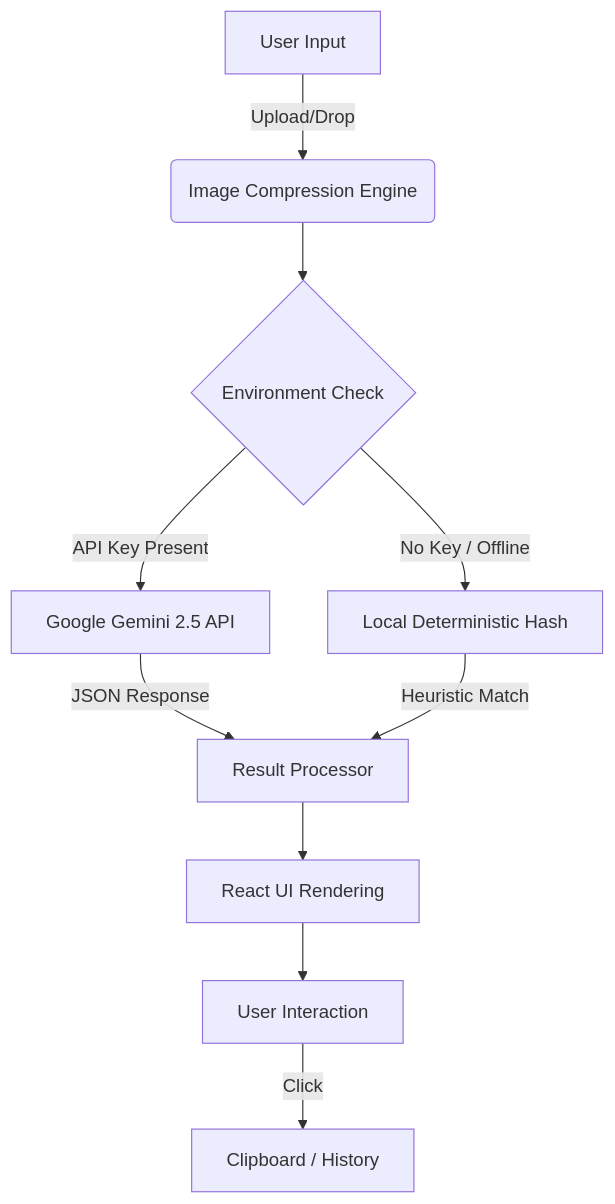
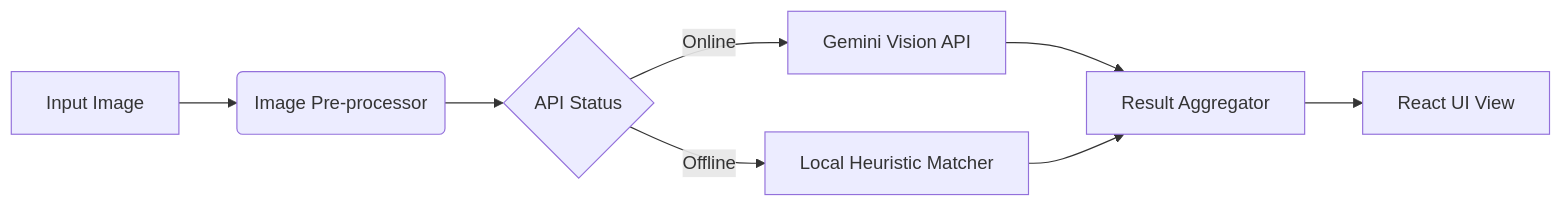
Before and after one commit to cipher-attack/cipher-symbolize: the diagram in README.md, drawn with Mermaid. The commit also changed other lines of this file, not shown here.

````diff
--- a/README.md
+++ b/README.md
@@ -74,12 +58,10 @@
 ```mermaid
-graph TD
-    A[User Input] -->|Upload/Drop| B(Image Compression Engine)
-    B --> C{Environment Check}
-    C -->|API Key Present| D[Google Gemini 2.5 API]
-    C -->|No Key / Offline| E[Local Deterministic Hash]
-    D -->|JSON Response| F[Result Processor]
-    E -->|Heuristic Match| F
-    F --> G[React UI Rendering]
-    G --> H[User Interaction]
-    H -->|Click| I[Clipboard / History]
+graph LR
+    A[Input Image] --> B(Image Pre-processor)
+    B --> C{API Status}
+    C -->|Online| D[Gemini Vision API]
+    C -->|Offline| E[Local Heuristic Matcher]
+    D --> F[Result Aggregator]
+    E --> F
+    F --> G[React UI View]
 ```
````
